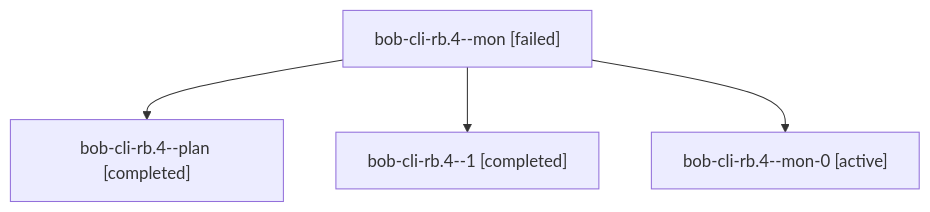
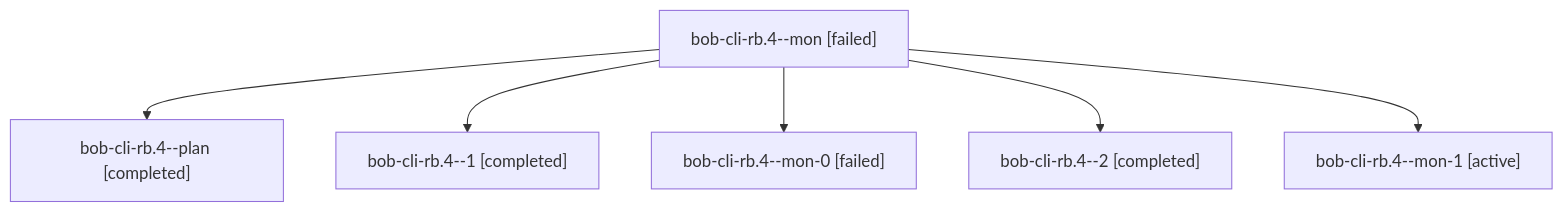
Before and after one commit to bobs-org/bob-cli--agents: the diagram in sessions/bbugyi200.athena.bob-cli-rb.4.md, drawn with Mermaid. The commit also changed other lines of this file and 33 other files, not shown here.

````diff
--- a/sessions/bbugyi200.athena.bob-cli-rb.4.md
+++ b/sessions/bbugyi200.athena.bob-cli-rb.4.md
@@ -9,10 +9,14 @@
 ```mermaid
 flowchart TD
   n0["bob-cli-rb.4--mon [failed]"]
   n1["bob-cli-rb.4--plan [completed]"]
   n0 --> n1
   n2["bob-cli-rb.4--1 [completed]"]
   n0 --> n2
-  n3["bob-cli-rb.4--mon-0 [active]"]
+  n3["bob-cli-rb.4--mon-0 [failed]"]
   n0 --> n3
+  n4["bob-cli-rb.4--2 [completed]"]
+  n0 --> n4
+  n5["bob-cli-rb.4--mon-1 [active]"]
+  n0 --> n5
 ```
````
